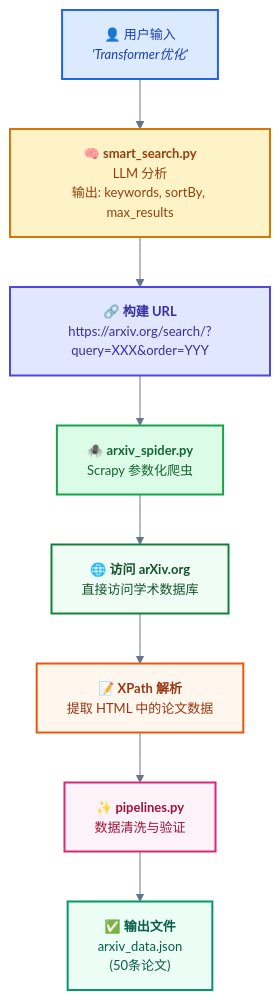
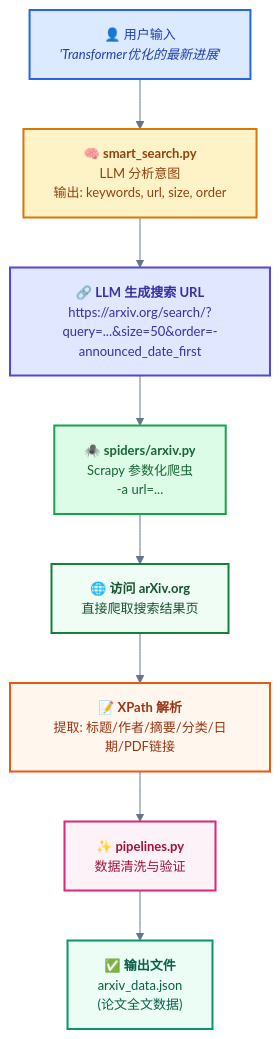
One commit to quetzal-china/KnowledgeHub changed the diagram in docs/diagrams/arxiv-flow.mmd. Above: the diagram before and after it, drawn with Mermaid. The commit also changed 13 other files, not shown here.

```diff
--- a/docs/diagrams/arxiv-flow.mmd
+++ b/docs/diagrams/arxiv-flow.mmd
@@ -1,24 +1,24 @@
 %%{init: {'theme': 'base', 'themeVariables': { 'primaryColor': '#f0fdf4', 'primaryBorderColor': '#16a34a', 'lineColor': '#64748b', 'fontSize': '13px'}}}%%
 flowchart TD
-    A["👤 用户输入<br/><i>'Transformer优化'</i>"] --> B["🧠 <b>smart_search.py</b><br/>LLM 分析<br/>输出: keywords, sortBy, max_results"]
+    A["👤 用户输入<br/><i>'Transformer优化的最新进展'</i>"] --> B["🧠 <b>smart_search.py</b><br/>LLM 分析意图<br/>输出: keywords, url, size, order"]
 
-    B --> C["🔗 <b>构建 URL</b><br/>https://arxiv.org/search/?query=XXX&order=YYY"]
+    B --> C["🔗 <b>LLM 生成搜索 URL</b><br/>https://arxiv.org/search/?query=...&size=50&order=-announced_date_first"]
 
-    C --> D["🕷️ <b>arxiv_spider.py</b><br/>Scrapy 参数化爬虫"]
+    C --> D["🕷️ <b>spiders/arxiv.py</b><br/>Scrapy 参数化爬虫<br/>-a url=..."]
 
-    D --> E["🌐 <b>访问 arXiv.org</b><br/>直接访问学术数据库"]
+    D --> E["🌐 <b>访问 arXiv.org</b><br/>直接爬取搜索结果页"]
 
-    E --> F["📝 <b>XPath 解析</b><br/>提取 HTML 中的论文数据"]
+    E --> F["📝 <b>XPath 解析</b><br/>提取: 标题/作者/摘要/分类/日期/PDF链接"]
 
     F --> G["✨ <b>pipelines.py</b><br/>数据清洗与验证"]
 
-    G --> H["✅ <b>输出文件</b><br/>arxiv_data.json<br/>(50条论文)"]
+    G --> H["✅ <b>输出文件</b><br/>arxiv_data.json<br/>(论文全文数据)"]
 
     style A fill:#dbeafe,stroke:#2563eb,stroke-width:2px,color:#1e40af
     style B fill:#fef3c7,stroke:#d97706,stroke-width:2px,color:#92400e
     style C fill:#e0e7ff,stroke:#4f46e5,stroke-width:2px,color:#3730a3
     style D fill:#dcfce7,stroke:#16a34a,stroke-width:2px,color:#166534
     style E fill:#f0fdf4,stroke:#15803d,stroke-width:2px,color:#14532d
     style F fill:#fff7ed,stroke:#ea580c,stroke-width:2px,color:#9a3412
     style G fill:#fdf2f8,stroke:#db2777,stroke-width:2px,color:#9f1239
     style H fill:#ecfdf5,stroke:#059669,stroke-width:2px,color:#065f46
```
